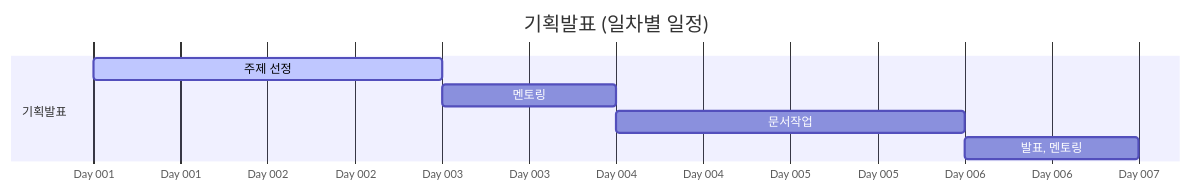
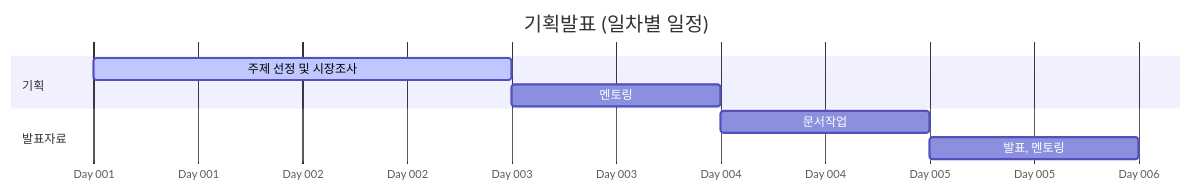
The second of 4 diagrams in profile/README.md (SAJOYO/.github), drawn with Mermaid before and after one commit. The commit also changed other lines of this file, not shown here.

Commit message:
Update project timeline and sections in README

````diff
--- a/profile/README.md
+++ b/profile/README.md
@@ -26,16 +28,18 @@
 ```mermaid
 gantt
     title 기획발표 (일차별 일정)
     dateFormat  YYYY-MM-DD
     
     %% 축을 일수(Day 01, Day 05...) 형태로 표시하고 5일 단위로 눈금을 끕니다
     axisFormat Day %j
     tickInterval 5d
 
-    section 기획발표
-    주제 선정                : active, a1, 2026-01-01, 2d
+    section 기획
+    주제 선정 및 시장조사       : active, a1, 2026-01-01, 2d
     멘토링                  : a2, after a1, 1d
-    문서작업                 : a3, after a2, 2d
-    발표, 멘토링              : a4, after a3, 1d
+
+    section 발표자료
+    문서작업                 : b1, after a2, 1d
+    발표, 멘토링              : b2, after b1, 1d
 
 ```
````
